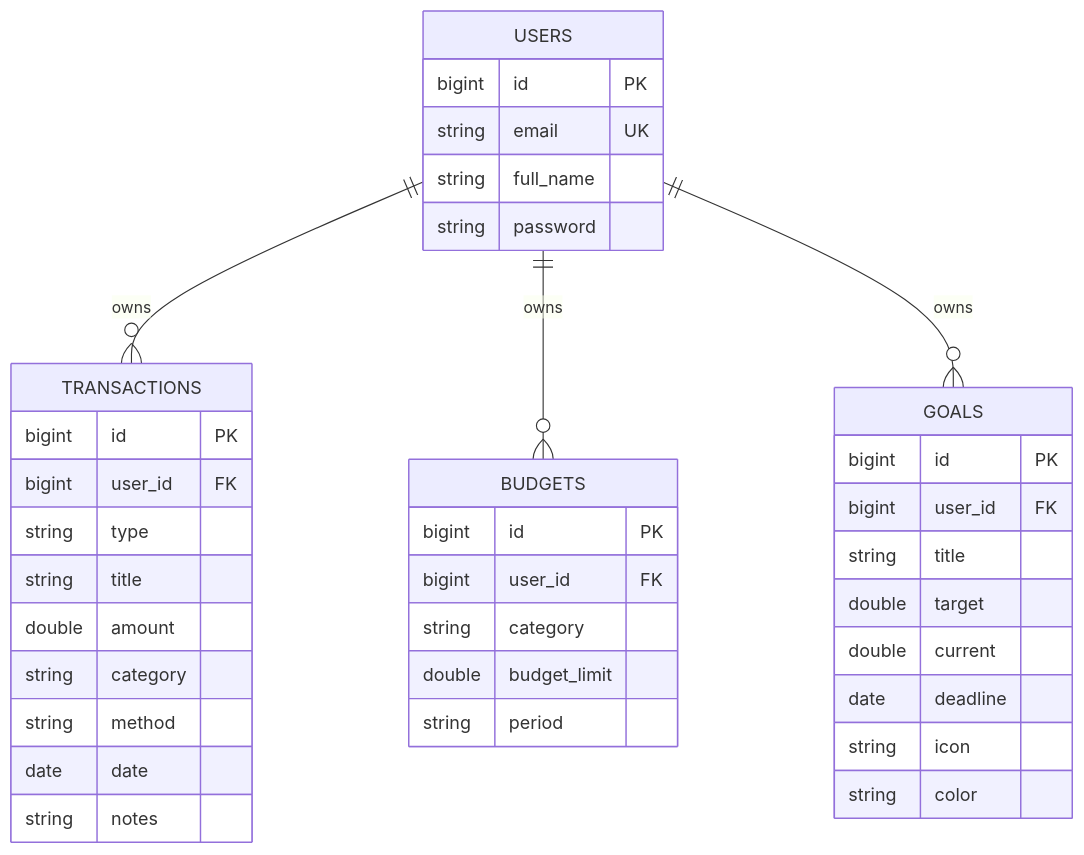
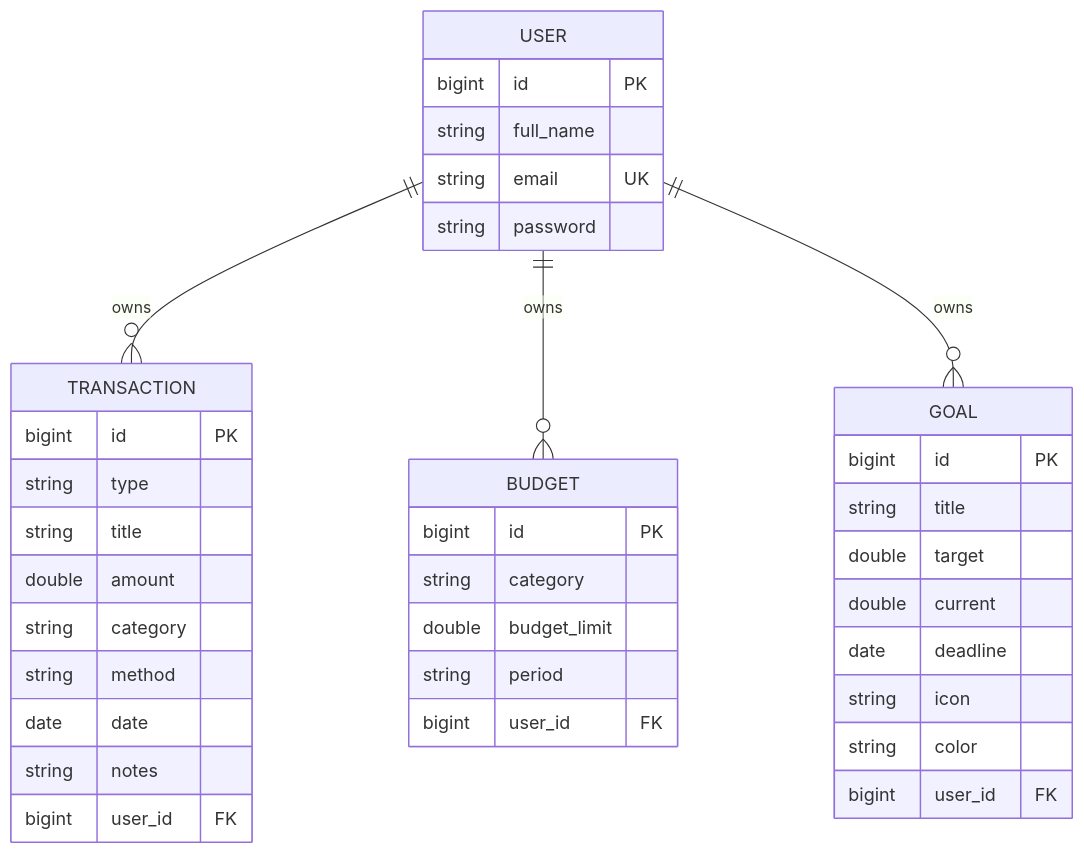
The sixth of 7 diagrams in README.md (yeharakobbagala-lgtm/expensess-tracker), drawn with Mermaid before and after one commit. The commit also changed other lines of this file, not shown here.

````diff
--- a/README.md
+++ b/README.md
@@ -226,44 +250,44 @@
 ```mermaid
 erDiagram
-    USERS ||--o{ TRANSACTIONS : owns
-    USERS ||--o{ BUDGETS : owns
-    USERS ||--o{ GOALS : owns
+    USER ||--o{ TRANSACTION : "owns"
+    USER ||--o{ BUDGET : "owns"
+    USER ||--o{ GOAL : "owns"
 
-    USERS {
+    USER {
         bigint id PK
+        string full_name
         string email UK
-        string full_name
         string password
     }
 
-    TRANSACTIONS {
+    TRANSACTION {
         bigint id PK
-        bigint user_id FK
         string type
         string title
         double amount
         string category
         string method
         date date
         string notes
+        bigint user_id FK
     }
 
-    BUDGETS {
+    BUDGET {
         bigint id PK
-        bigint user_id FK
         string category
         double budget_limit
         string period
+        bigint user_id FK
     }
 
-    GOALS {
+    GOAL {
         bigint id PK
-        bigint user_id FK
         string title
         double target
         double current
         date deadline
         string icon
         string color
+        bigint user_id FK
     }
 ```
````
